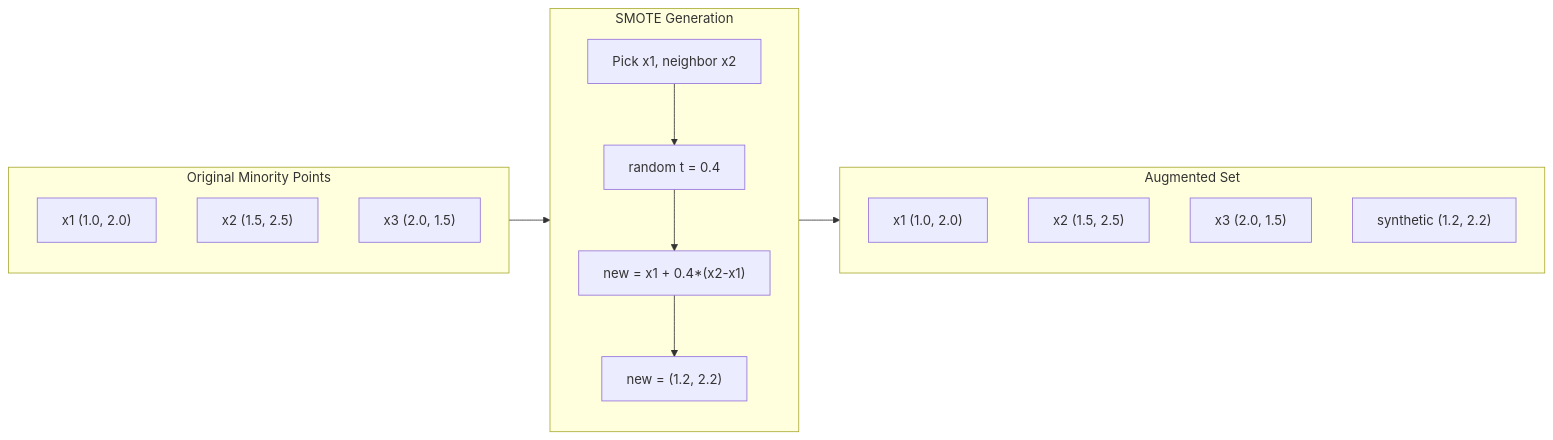
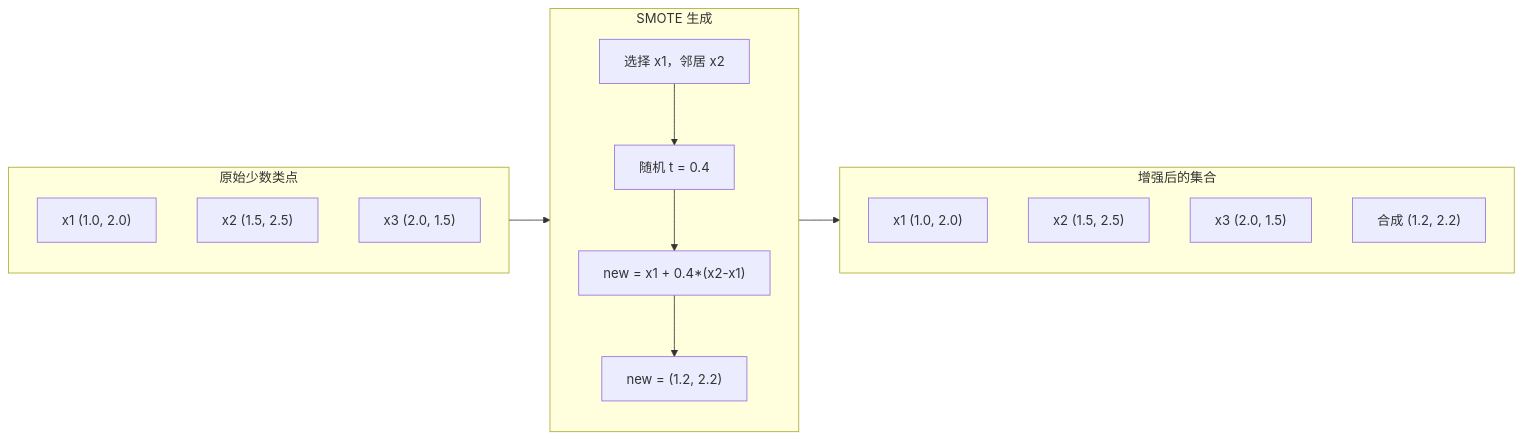
Before and after one commit to guangningsun/ailearning: the second of 4 diagrams in lessons/02-ml-fundamentals/17-imbalanced-data/docs/zh.md, drawn with Mermaid. The commit also changed other lines of this file and 53 other files, not shown here.

````diff
--- a/lessons/02-ml-fundamentals/17-imbalanced-data/docs/zh.md
+++ b/lessons/02-ml-fundamentals/17-imbalanced-data/docs/zh.md
@@ -90,24 +84,24 @@
 ```mermaid
 flowchart LR
-    subgraph Original["Original Minority Points"]
+    subgraph Original["原始少数类点"]
         P1["x1 (1.0, 2.0)"]
         P2["x2 (1.5, 2.5)"]
         P3["x3 (2.0, 1.5)"]
     end
-    subgraph SMOTE["SMOTE Generation"]
+    subgraph SMOTE["SMOTE 生成"]
         direction TB
-        S1["Pick x1, neighbor x2"]
-        S2["random t = 0.4"]
+        S1["选择 x1，邻居 x2"]
+        S2["随机 t = 0.4"]
         S3["new = x1 + 0.4*(x2-x1)"]
         S4["new = (1.2, 2.2)"]
         S1 --> S2 --> S3 --> S4
     end
     Original --> SMOTE
-    subgraph Result["Augmented Set"]
+    subgraph Result["增强后的集合"]
         R1["x1 (1.0, 2.0)"]
         R2["x2 (1.5, 2.5)"]
         R3["x3 (2.0, 1.5)"]
-        R4["synthetic (1.2, 2.2)"]
+        R4["合成 (1.2, 2.2)"]
     end
     SMOTE --> Result
 ```
````
